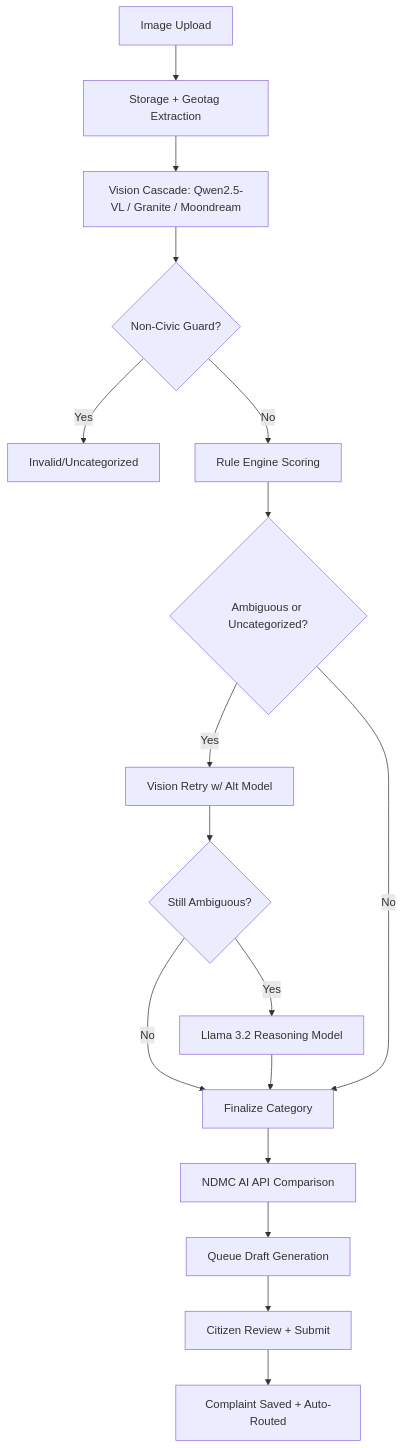
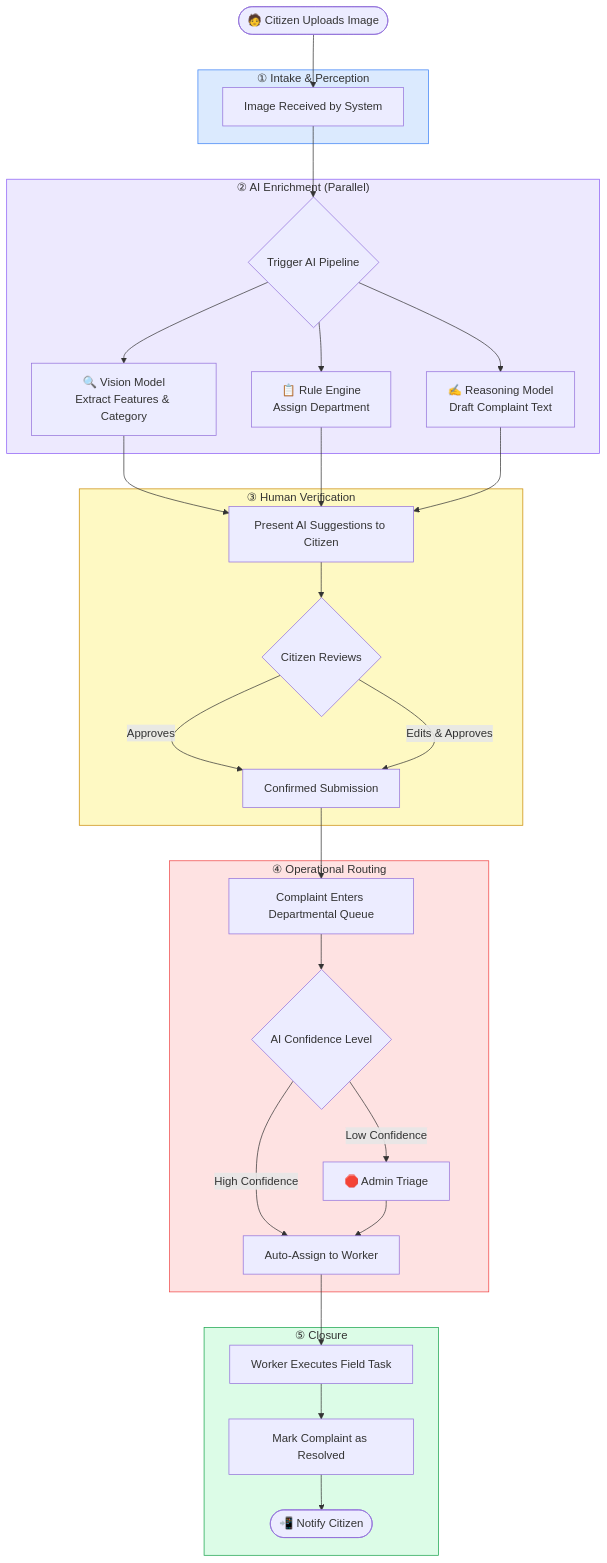
The first of 10 diagrams in docs/DIAGRAMS.md (ark5234/Jan-Sunwai-AI), drawn with Mermaid before and after one commit. The commit also changed other lines of this file, not shown here.

````diff
--- a/docs/DIAGRAMS.md
+++ b/docs/DIAGRAMS.md
@@ -22,19 +7,50 @@
 ```mermaid
 flowchart TD
-    A[Image Upload] --> B[Storage + Geotag Extraction]
-    B --> C[Vision Cascade: Qwen2.5-VL / Granite / Moondream]
-    C --> D{Non-Civic Guard?}
-    D -->|Yes| E[Invalid/Uncategorized]
-    D -->|No| F[Rule Engine Scoring]
-    F --> G{Ambiguous or Uncategorized?}
-    G -->|Yes| H[Vision Retry w/ Alt Model]
-    H --> I{Still Ambiguous?}
-    I -->|Yes| J[Llama 3.2 Reasoning Model]
-    I -->|No| K[Finalize Category]
-    J --> K
-    G -->|No| K
-    K --> L[NDMC AI API Comparison]
-    L --> M[Queue Draft Generation]
-    M --> N[Citizen Review + Submit]
-    N --> O[Complaint Saved + Auto-Routed]
+    A([🧑 Citizen Uploads Image]) --> B
+
+    subgraph INTAKE ["① Intake & Perception"]
+        B[Image Received by System]
+    end
+
+    B --> C
+
+    subgraph AI_ENRICH ["② AI Enrichment (Parallel)"]
+        C{Trigger AI Pipeline}
+        C --> D[🔍 Vision Model\nExtract Features & Category]
+        C --> E[📋 Rule Engine\nAssign Department]
+        C --> F[✍️ Reasoning Model\nDraft Complaint Text]
+    end
+
+    D & E & F --> G
+
+    subgraph HUMAN ["③ Human Verification"]
+        G[Present AI Suggestions to Citizen]
+        G --> H{Citizen Reviews}
+        H -->|Approves| I[Confirmed Submission]
+        H -->|Edits & Approves| I
+    end
+
+    I --> J
+
+    subgraph OPS ["④ Operational Routing"]
+        J[Complaint Enters Departmental Queue]
+        J --> K{AI Confidence Level}
+        K -->|High Confidence| L[Auto-Assign to Worker]
+        K -->|Low Confidence| M[🛑 Admin Triage]
+        M --> L
+    end
+
+    L --> N
+
+    subgraph CLOSURE ["⑤ Closure"]
+        N[Worker Executes Field Task]
+        N --> O[Mark Complaint as Resolved]
+        O --> P([📲 Notify Citizen])
+    end
+
+    style INTAKE fill:#dbeafe,stroke:#3b82f6
+    style AI_ENRICH fill:#ede9fe,stroke:#8b5cf6
+    style HUMAN fill:#fef9c3,stroke:#ca8a04
+    style OPS fill:#fee2e2,stroke:#ef4444
+    style CLOSURE fill:#dcfce7,stroke:#16a34a
 ```
````
